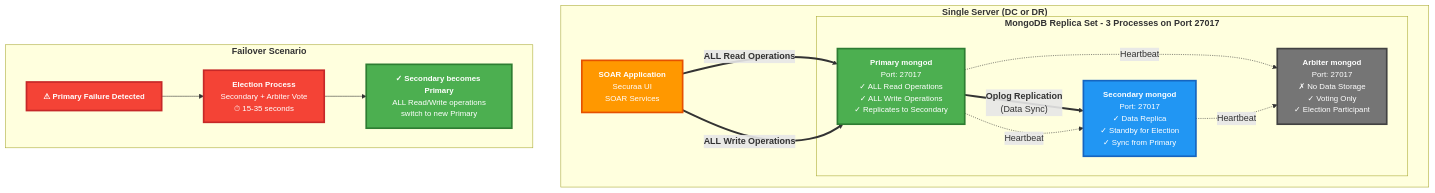
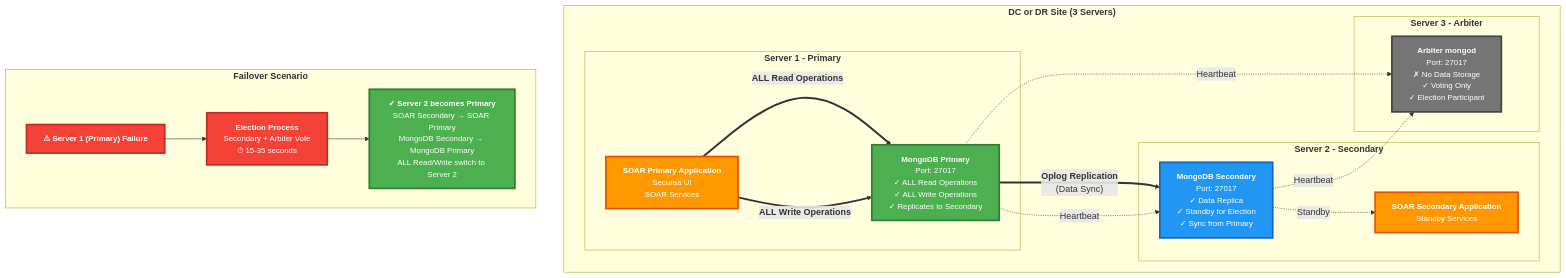
The second of 11 diagrams in HA_DR_Architecture_Documentation_dt.md (Vishwa0220/customers-docs), drawn with Mermaid before and after one commit. The commit also changed other lines of this file, not shown here.

````diff
--- a/HA_DR_Architecture_Documentation_dt.md
+++ b/HA_DR_Architecture_Documentation_dt.md
@@ -98,41 +101,49 @@
 ```mermaid
 graph TB
-    subgraph SERVER["<b>Single Server (DC or DR)</b>"]
-        subgraph REPLICA["<b>MongoDB Replica Set - 3 Processes on Port 27017</b>"]
-            PRIMARY["<b>Primary mongod</b><br/>Port: 27017<br/>✓ ALL Read Operations<br/>✓ ALL Write Operations<br/>✓ Replicates to Secondary"]
-            SECONDARY["<b>Secondary mongod</b><br/>Port: 27017<br/>✓ Data Replica<br/>✓ Standby for Election<br/>✓ Sync from Primary"]
-            ARBITER["<b>Arbiter mongod</b><br/>Port: 27017<br/>✗ No Data Storage<br/>✓ Voting Only<br/>✓ Election Participant"]
-            
-            PRIMARY ==>|"<b>Oplog Replication</b><br/>(Data Sync)"| SECONDARY
-            PRIMARY -.->|"Heartbeat"| SECONDARY
-            PRIMARY -.->|"Heartbeat"| ARBITER
-            SECONDARY -.->|"Heartbeat"| ARBITER
+    subgraph SITE["<b>DC or DR Site (3 Servers)</b>"]
+        subgraph SERVER1["<b>Server 1 - Primary</b>"]
+            PRIMARY["<b>MongoDB Primary</b><br/>Port: 27017<br/>✓ ALL Read Operations<br/>✓ ALL Write Operations<br/>✓ Replicates to Secondary"]
+            SOAR_PRI["<b>SOAR Primary Application</b><br/>Securaa UI<br/>SOAR Services"]
         end
         
-        APP["<b>SOAR Application</b><br/>Securaa UI<br/>SOAR Services"]
+        subgraph SERVER2["<b>Server 2 - Secondary</b>"]
+            SECONDARY["<b>MongoDB Secondary</b><br/>Port: 27017<br/>✓ Data Replica<br/>✓ Standby for Election<br/>✓ Sync from Primary"]
+            SOAR_SEC["<b>SOAR Secondary Application</b><br/>Standby Services"]
+        end
         
-        APP ==>|"<b>ALL Read Operations</b>"| PRIMARY
-        APP ==>|"<b>ALL Write Operations</b>"| PRIMARY
+        subgraph SERVER3["<b>Server 3 - Arbiter</b>"]
+            ARBITER["<b>Arbiter mongod</b><br/>Port: 27017<br/>✗ No Data Storage<br/>✓ Voting Only<br/>✓ Election Participant"]
+        end
+        
+        SOAR_PRI ==>|"<b>ALL Read Operations</b>"| PRIMARY
+        SOAR_PRI ==>|"<b>ALL Write Operations</b>"| PRIMARY
+        
+        PRIMARY ==>|"<b>Oplog Replication</b><br/>(Data Sync)"| SECONDARY
+        PRIMARY -.->|"Heartbeat"| SECONDARY
+        PRIMARY -.->|"Heartbeat"| ARBITER
+        SECONDARY -.->|"Heartbeat"| ARBITER
+        
+        SECONDARY -.->|"Standby"| SOAR_SEC
     end
     
     subgraph FAILOVER["<b>Failover Scenario</b>"]
-        FAIL["<b>⚠ Primary Failure Detected</b>"]
+        FAIL["<b>⚠ Server 1 (Primary) Failure</b>"]
         ELECT["<b>Election Process</b><br/>Secondary + Arbiter Vote<br/>⏱ 15-35 seconds"]
-        NEWPRIMARY["<b>✓ Secondary becomes Primary</b><br/>ALL Read/Write operations<br/>switch to new Primary"]
+        NEWPRIMARY["<b>✓ Server 2 becomes Primary</b><br/>SOAR Secondary → SOAR Primary<br/>MongoDB Secondary → MongoDB Primary<br/>ALL Read/Write switch to Server 2"]
         
         FAIL --> ELECT
         ELECT --> NEWPRIMARY
     end
     
     classDef primaryStyle fill:#4CAF50,stroke:#2e7d32,stroke-width:3px,color:#fff,font-size:14px
     classDef secondaryStyle fill:#2196F3,stroke:#1565c0,stroke-width:3px,color:#fff,font-size:14px
     classDef arbiterStyle fill:#757575,stroke:#424242,stroke-width:3px,color:#fff,font-size:14px
-    classDef appStyle fill:#FF9800,stroke:#e65100,stroke-width:3px,color:#fff,font-size:14px
+    classDef soarStyle fill:#FF9800,stroke:#e65100,stroke-width:3px,color:#fff,font-size:14px
     classDef failoverStyle fill:#f44336,stroke:#c62828,stroke-width:3px,color:#fff,font-size:14px
     
     class PRIMARY,NEWPRIMARY primaryStyle
     class SECONDARY secondaryStyle
     class ARBITER arbiterStyle
-    class APP appStyle
+    class SOAR_PRI,SOAR_SEC soarStyle
     class FAIL,ELECT failoverStyle
 ```
````
